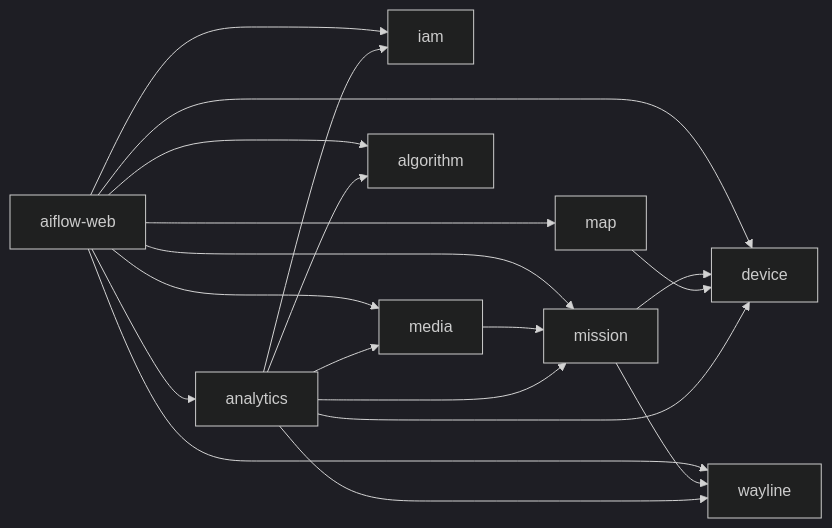
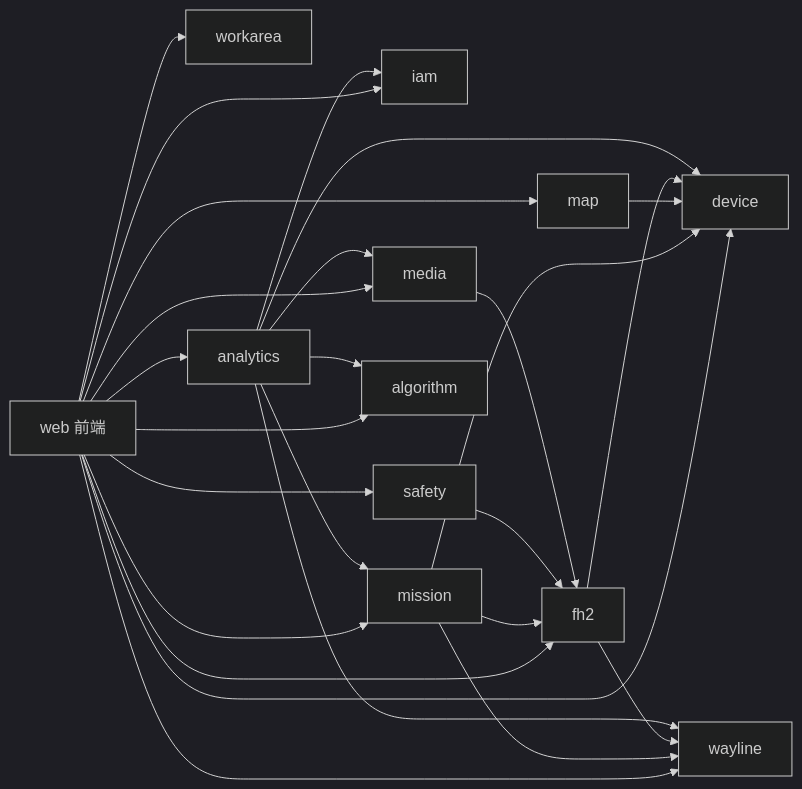
Before and after one commit to 270220320/paasPlatform: the fifth of 5 diagrams in docs/03-design/preliminary/preliminary-design.md, drawn with Mermaid (dark theme). The commit also changed other lines of this file and 63 other files, not shown here.

````diff
--- a/docs/03-design/preliminary/preliminary-design.md
+++ b/docs/03-design/preliminary/preliminary-design.md
@@ -278,22 +322,14 @@
 ```mermaid
 flowchart LR
-  web[aiflow-web] --> iam
-  web --> device
-  web --> map
-  web --> wayline
-  web --> mission
-  web --> media
-  web --> analytics
-  web --> algorithm
+  web[web 前端] --> iam & device & map & safety & workarea & wayline & mission & media & analytics & algorithm & fh2
 
   mission --> wayline
   mission --> device
+  mission --> fh2
+  safety --> fh2
+  media --> fh2
   map --> device
-  media --> mission
-  analytics --> iam
-  analytics --> device
-  analytics --> wayline
-  analytics --> mission
-  analytics --> media
-  analytics --> algorithm
+  fh2 --> device
+  fh2 --> wayline
+  analytics --> iam & device & wayline & mission & media & algorithm
 ```
````
